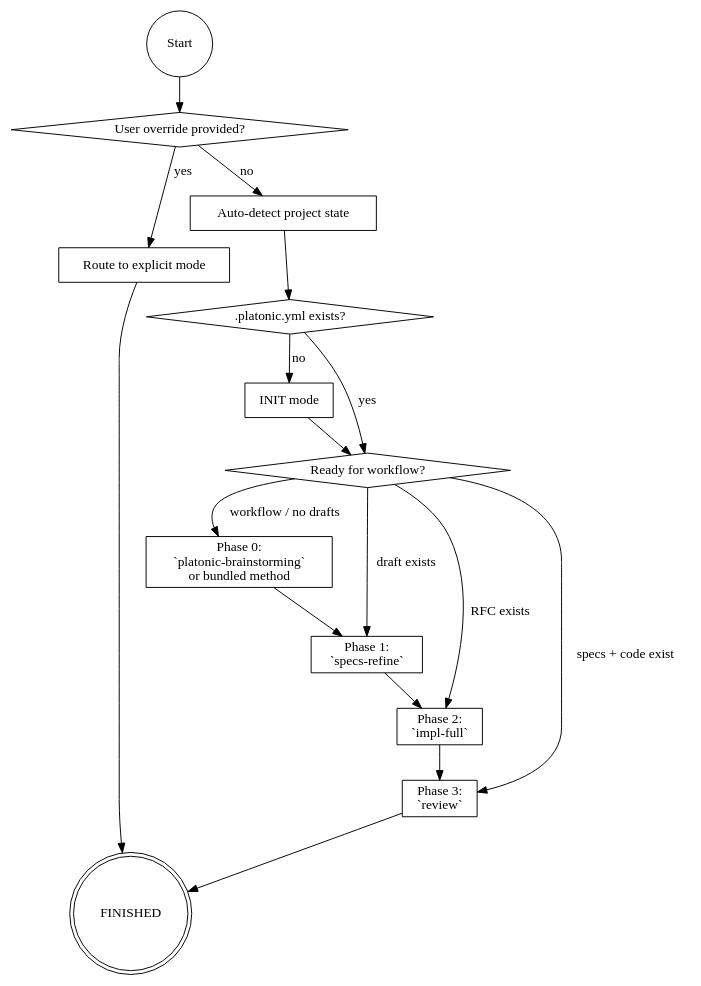
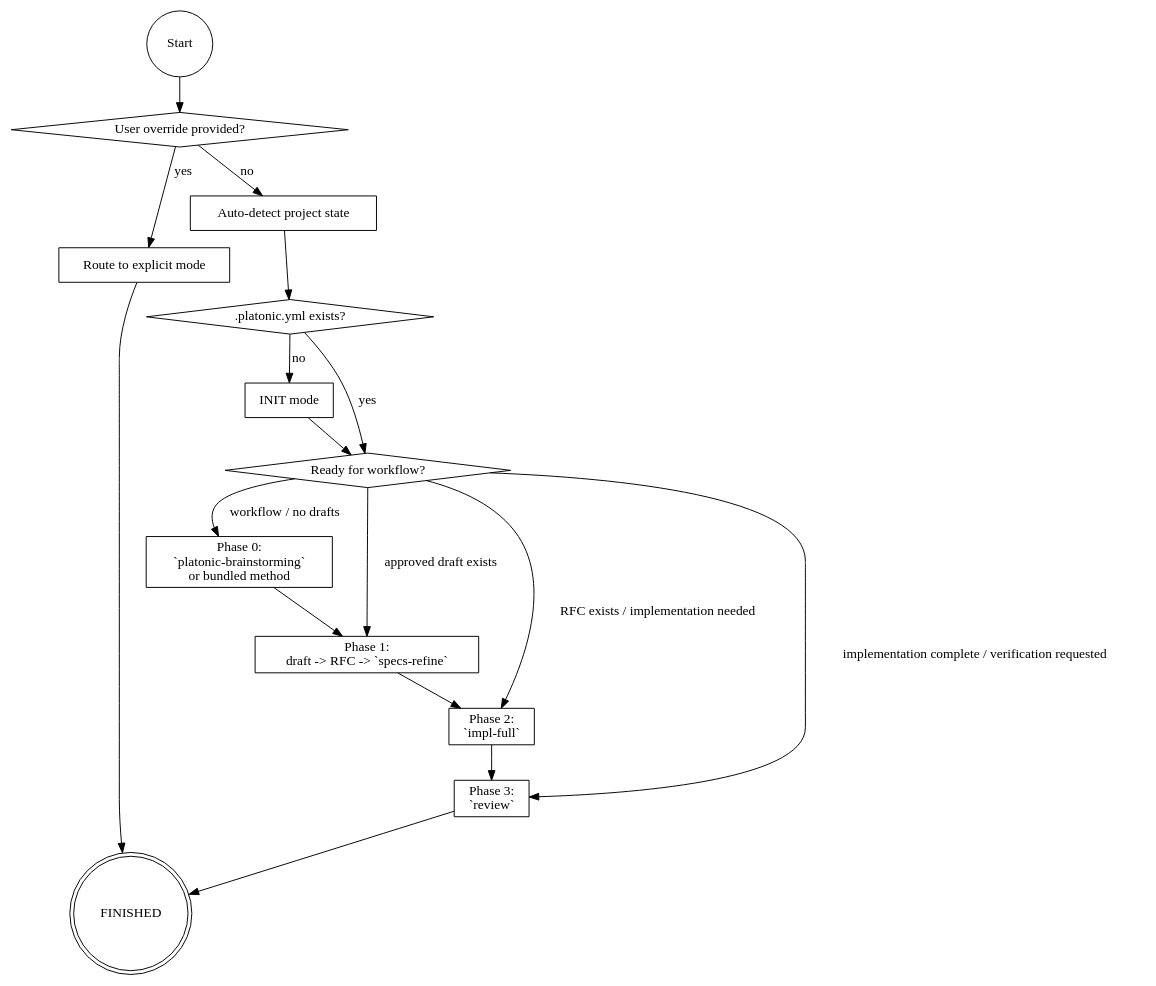
The diagram in skills/platonic-coding/SKILL.md (caesar0301/platonic-coding), drawn with Graphviz before and after one commit. The commit also changed other lines of this file and 2 other files, not shown here.

Commit message:
Update: "skills/platonic-brainstorming/SKILL.md skills/platonic-brainstorming/spec-document-reviewer-prompt.md skills/platonic-coding/SKILL.md" [skip ci]

````diff
--- a/skills/platonic-coding/SKILL.md
+++ b/skills/platonic-coding/SKILL.md
@@ -227,33 +233,33 @@
 ```dot
 digraph platonic_coding {
     "Start" [shape=circle];
     "User override provided?" [shape=diamond];
     "Route to explicit mode" [shape=box];
     "Auto-detect project state" [shape=box];
     ".platonic.yml exists?" [shape=diamond];
     "INIT mode" [shape=box];
     "Ready for workflow?" [shape=diamond];
     "Phase 0:\n`platonic-brainstorming`\nor bundled method" [shape=box];
-    "Phase 1:\n`specs-refine`" [shape=box];
+    "Phase 1:\ndraft -> RFC -> `specs-refine`" [shape=box];
     "Phase 2:\n`impl-full`" [shape=box];
     "Phase 3:\n`review`" [shape=box];
     "FINISHED" [shape=doublecircle];
 
     "Start" -> "User override provided?";
     "User override provided?" -> "Route to explicit mode" [label="yes"];
     "User override provided?" -> "Auto-detect project state" [label="no"];
     "Auto-detect project state" -> ".platonic.yml exists?";
     ".platonic.yml exists?" -> "INIT mode" [label="no"];
     ".platonic.yml exists?" -> "Ready for workflow?" [label="yes"];
     "INIT mode" -> "Ready for workflow?";
     "Ready for workflow?" -> "Phase 0:\n`platonic-brainstorming`\nor bundled method" [label="workflow / no drafts"];
-    "Ready for workflow?" -> "Phase 1:\n`specs-refine`" [label="draft exists"];
-    "Ready for workflow?" -> "Phase 2:\n`impl-full`" [label="RFC exists"];
-    "Ready for workflow?" -> "Phase 3:\n`review`" [label="specs + code exist"];
-    "Phase 0:\n`platonic-brainstorming`\nor bundled method" -> "Phase 1:\n`specs-refine`";
-    "Phase 1:\n`specs-refine`" -> "Phase 2:\n`impl-full`";
+    "Ready for workflow?" -> "Phase 1:\ndraft -> RFC -> `specs-refine`" [label="approved draft exists"];
+    "Ready for workflow?" -> "Phase 2:\n`impl-full`" [label="RFC exists / implementation needed"];
+    "Ready for workflow?" -> "Phase 3:\n`review`" [label="implementation complete / verification requested"];
+    "Phase 0:\n`platonic-brainstorming`\nor bundled method" -> "Phase 1:\ndraft -> RFC -> `specs-refine`";
+    "Phase 1:\ndraft -> RFC -> `specs-refine`" -> "Phase 2:\n`impl-full`";
     "Phase 2:\n`impl-full`" -> "Phase 3:\n`review`";
     "Phase 3:\n`review`" -> "FINISHED";
     "Route to explicit mode" -> "FINISHED";
 }
 ```
````
